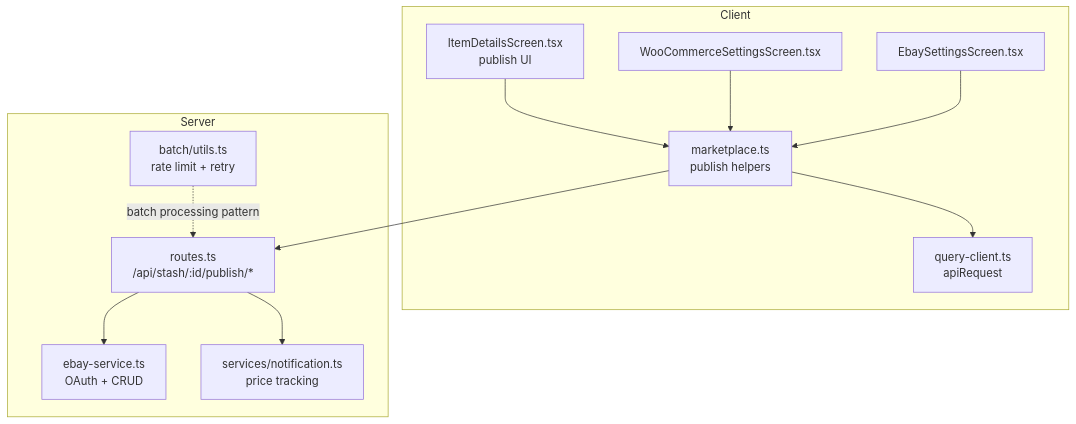
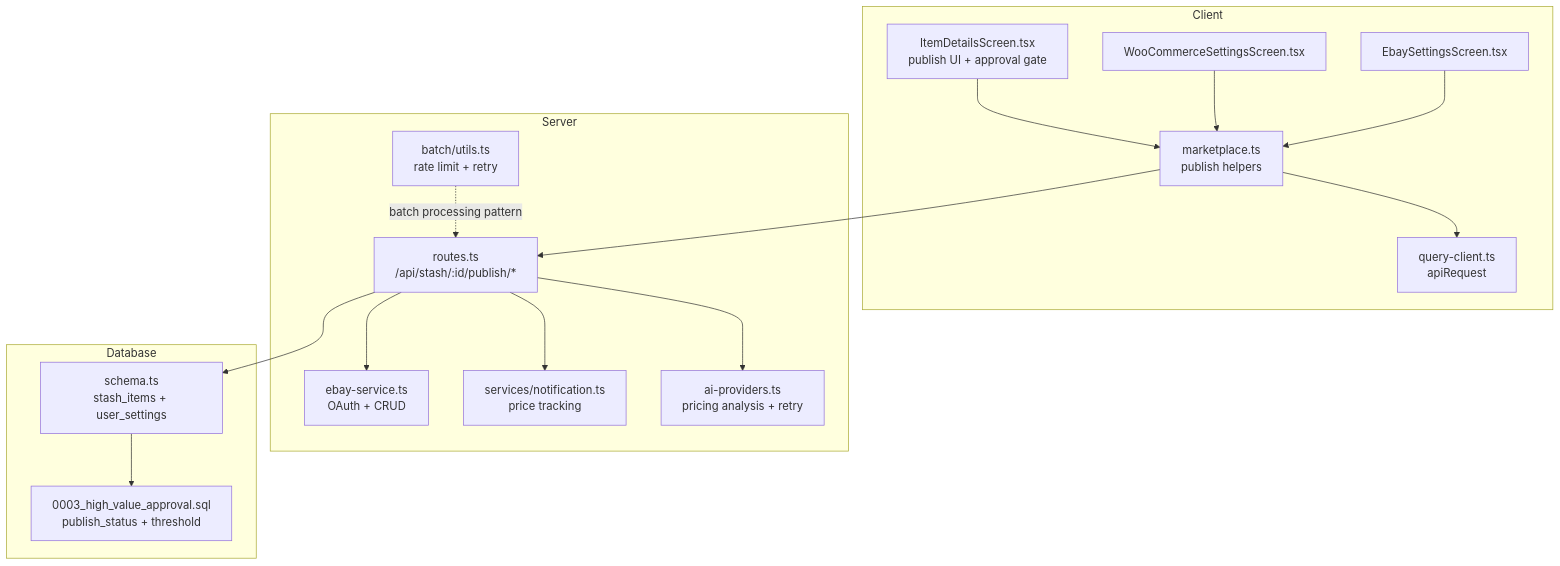
The first of 6 diagrams in .qoder/repowiki/en/content/Marketplace Integration/Marketplace Integration.md (hunglevi87/Hidden-Gem), drawn with Mermaid before and after one commit. The commit also changed other lines of this file and 5 other files, not shown here.

````diff
--- a/.qoder/repowiki/en/content/Marketplace Integration/Marketplace Integration.md
+++ b/.qoder/repowiki/en/content/Marketplace Integration/Marketplace Integration.md
@@ -42,24 +58,32 @@
 ```mermaid
 graph TB
 subgraph "Client"
 MP["marketplace.ts<br/>publish helpers"]
 Q["query-client.ts<br/>apiRequest"]
 WC["WooCommerceSettingsScreen.tsx"]
 EB["EbaySettingsScreen.tsx"]
-ID["ItemDetailsScreen.tsx<br/>publish UI"]
+ID["ItemDetailsScreen.tsx<br/>publish UI + approval gate"]
 end
 subgraph "Server"
 RT["routes.ts<br/>/api/stash/:id/publish/*"]
 ES["ebay-service.ts<br/>OAuth + CRUD"]
 NT["services/notification.ts<br/>price tracking"]
 BT["batch/utils.ts<br/>rate limit + retry"]
+AI["ai-providers.ts<br/>pricing analysis + retry"]
+end
+subgraph "Database"
+SC["schema.ts<br/>stash_items + user_settings"]
+MIG["0003_high_value_approval.sql<br/>publish_status + threshold"]
 end
 MP --> Q
 ID --> MP
 WC --> MP
 EB --> MP
 MP --> RT
 RT --> ES
 RT --> NT
+RT --> AI
+RT --> SC
+SC --> MIG
 BT -. "batch processing pattern" .-> RT
 ```
````
